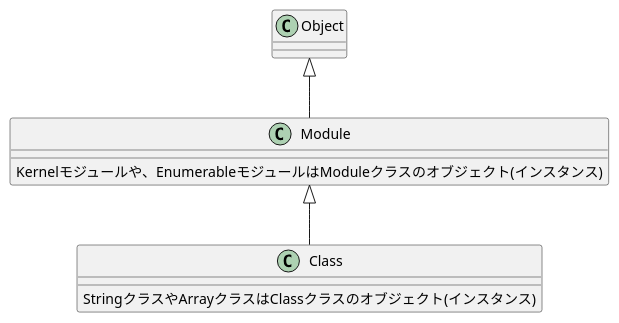
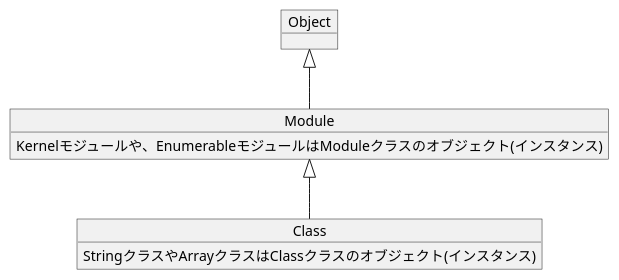
The diagram in section08/08_05/08_05_07.plantuml (chiku-wa/RubyTest), drawn with PlantUML before and after one commit. The commit also changed 5 other files, not shown here.

Commit message:
[change]Modify plantuml image.

```diff
--- a/section08/08_05/08_05_07.plantuml
+++ b/section08/08_05/08_05_07.plantuml
@@ -1,14 +1,17 @@
 @startuml
 
-class Module {
+object Module {
   Kernelモジュールや、EnumerableモジュールはModuleクラスのオブジェクト(インスタンス)
 }
 
-class Class{
+object Class{
   StringクラスやArrayクラスはClassクラスのオブジェクト(インスタンス)
+}
+
+object Object {
 }
 
 Object <|-- Module
 Module <|-- Class
 
 @enduml
```
